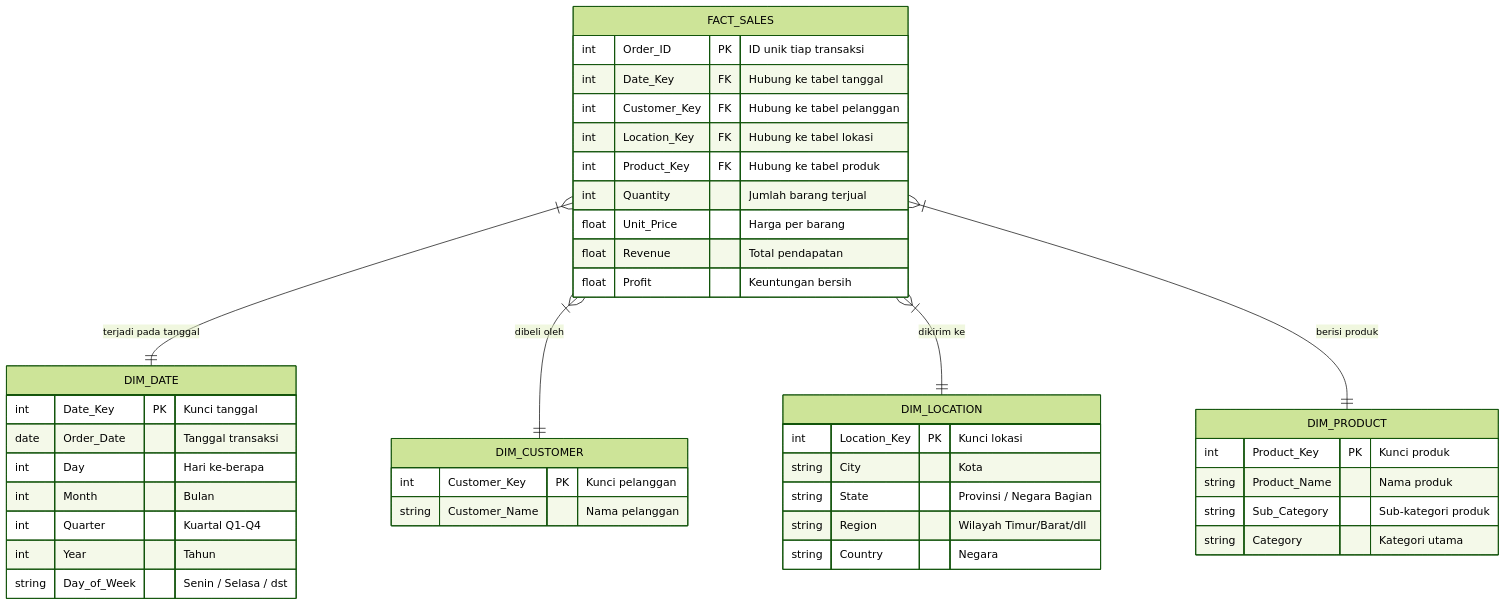
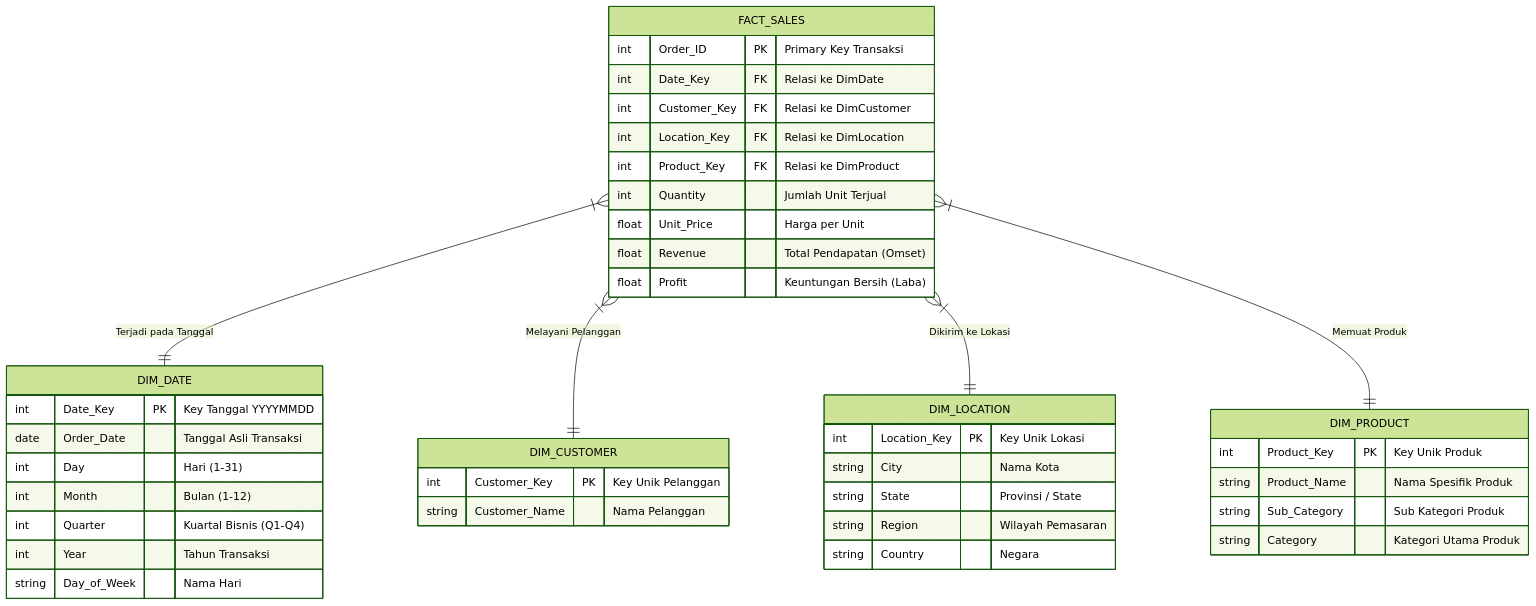
One commit to Yoohash-noob/bi-dashboard-analytics changed the second of 2 diagrams in PLANNING.md. Above: the diagram before and after it, drawn with Mermaid (forest theme). The commit also changed other lines of this file and 1 other file, not shown here.

````diff
--- a/PLANNING.md
+++ b/PLANNING.md
@@ -76,49 +86,49 @@
 ```mermaid
 erDiagram
     FACT_SALES {
-        int     Order_ID      PK  "ID unik tiap transaksi"
-        int     Date_Key      FK  "Hubung ke tabel tanggal"
-        int     Customer_Key  FK  "Hubung ke tabel pelanggan"
-        int     Location_Key  FK  "Hubung ke tabel lokasi"
-        int     Product_Key   FK  "Hubung ke tabel produk"
-        int     Quantity          "Jumlah barang terjual"
-        float   Unit_Price        "Harga per barang"
-        float   Revenue           "Total pendapatan"
-        float   Profit            "Keuntungan bersih"
+        int     Order_ID      PK  "Primary Key Transaksi"
+        int     Date_Key      FK  "Relasi ke DimDate"
+        int     Customer_Key  FK  "Relasi ke DimCustomer"
+        int     Location_Key  FK  "Relasi ke DimLocation"
+        int     Product_Key   FK  "Relasi ke DimProduct"
+        int     Quantity          "Jumlah Unit Terjual"
+        float   Unit_Price        "Harga per Unit"
+        float   Revenue           "Total Pendapatan (Omset)"
+        float   Profit            "Keuntungan Bersih (Laba)"
     }
 
     DIM_DATE {
-        int     Date_Key  PK  "Kunci tanggal"
-        date    Order_Date    "Tanggal transaksi"
-        int     Day           "Hari ke-berapa"
-        int     Month         "Bulan"
-        int     Quarter       "Kuartal Q1-Q4"
-        int     Year          "Tahun"
-        string  Day_of_Week   "Senin / Selasa / dst"
+        int     Date_Key  PK  "Key Tanggal YYYYMMDD"
+        date    Order_Date    "Tanggal Asli Transaksi"
+        int     Day           "Hari (1-31)"
+        int     Month         "Bulan (1-12)"
+        int     Quarter       "Kuartal Bisnis (Q1-Q4)"
+        int     Year          "Tahun Transaksi"
+        string  Day_of_Week   "Nama Hari"
     }
 
     DIM_CUSTOMER {
-        int     Customer_Key  PK  "Kunci pelanggan"
-        string  Customer_Name     "Nama pelanggan"
+        int     Customer_Key  PK  "Key Unik Pelanggan"
+        string  Customer_Name     "Nama Pelanggan"
     }
 
     DIM_LOCATION {
-        int     Location_Key  PK  "Kunci lokasi"
-        string  City              "Kota"
-        string  State             "Provinsi / Negara Bagian"
-        string  Region            "Wilayah Timur/Barat/dll"
+        int     Location_Key  PK  "Key Unik Lokasi"
+        string  City              "Nama Kota"
+        string  State             "Provinsi / State"
+        string  Region            "Wilayah Pemasaran"
         string  Country           "Negara"
     }
 
     DIM_PRODUCT {
-        int     Product_Key   PK  "Kunci produk"
-        string  Product_Name      "Nama produk"
-        string  Sub_Category      "Sub-kategori produk"
-        string  Category          "Kategori utama"
+        int     Product_Key   PK  "Key Unik Produk"
+        string  Product_Name      "Nama Spesifik Produk"
+        string  Sub_Category      "Sub Kategori Produk"
+        string  Category          "Kategori Utama Produk"
     }
 
-    FACT_SALES }|--|| DIM_DATE     : "terjadi pada tanggal"
-    FACT_SALES }|--|| DIM_CUSTOMER : "dibeli oleh"
-    FACT_SALES }|--|| DIM_LOCATION : "dikirim ke"
-    FACT_SALES }|--|| DIM_PRODUCT  : "berisi produk"
+    FACT_SALES }|--|| DIM_DATE     : "Terjadi pada Tanggal"
+    FACT_SALES }|--|| DIM_CUSTOMER : "Melayani Pelanggan"
+    FACT_SALES }|--|| DIM_LOCATION : "Dikirim ke Lokasi"
+    FACT_SALES }|--|| DIM_PRODUCT  : "Memuat Produk"
 ```
````
